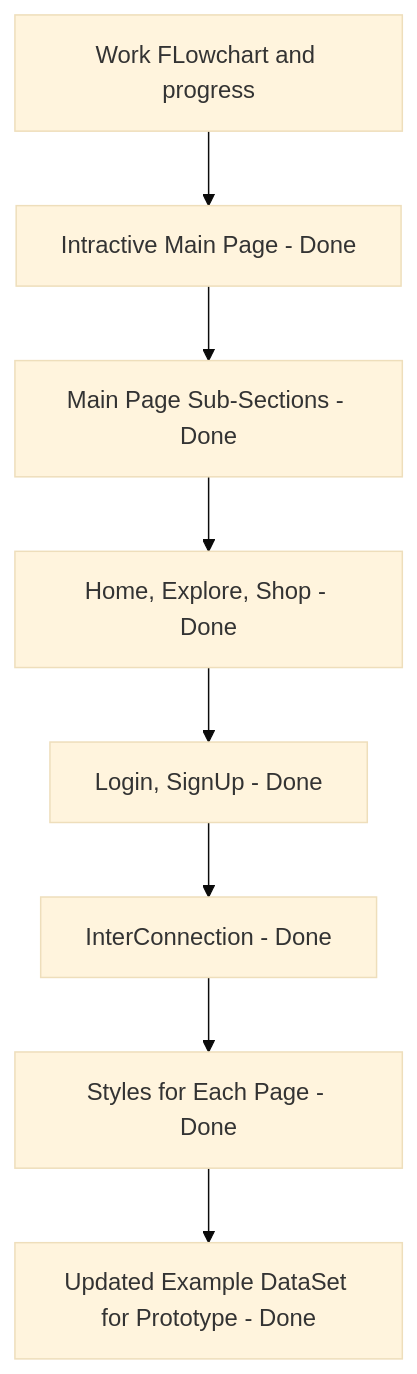
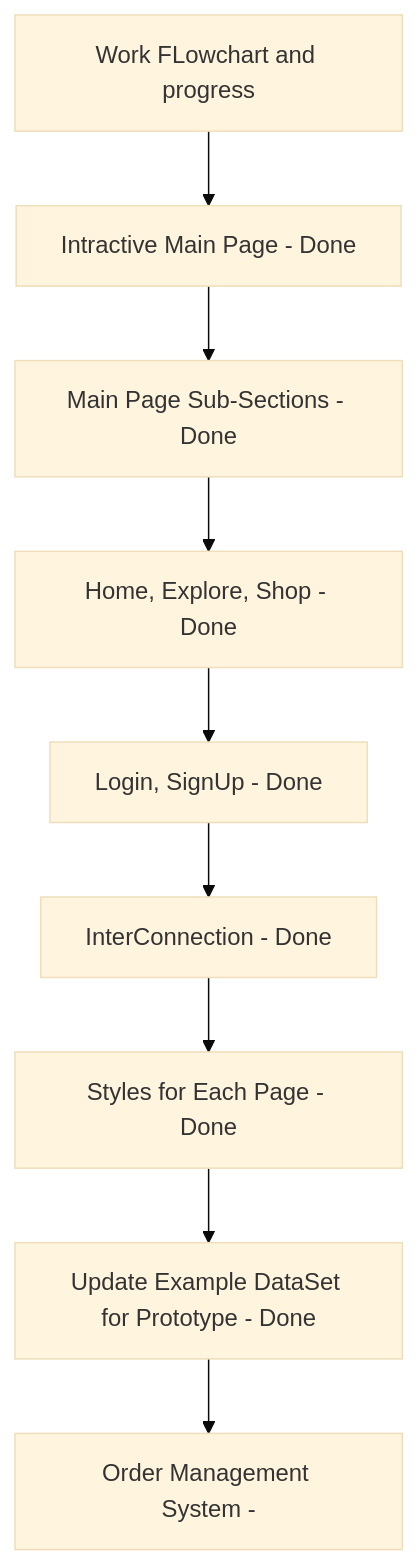
One commit to igmansvi/CN182---Hactivate changed the second of 2 diagrams in README.md. Above: the diagram before and after it, drawn with Mermaid (base theme).

Commit message:
Update README.md
few things need to be fixed

````diff
--- a/README.md
+++ b/README.md
@@ -44,10 +44,11 @@
 ```mermaid
 graph TD
     A[Work FLowchart and progress] --> B[Intractive Main Page - Done]
     B --> C[Main Page Sub-Sections - Done]
     C --> D[Home, Explore, Shop - Done]
     D --> E[Login, SignUp - Done]
     E --> F[InterConnection - Done]
     F --> G[Styles for Each Page - Done]
-    G --> H[Updated Example DataSet for Prototype - Done]
+    G --> H[Update Example DataSet for Prototype - Done]
+    H --> I[Order Management System - ]
 ```
````
